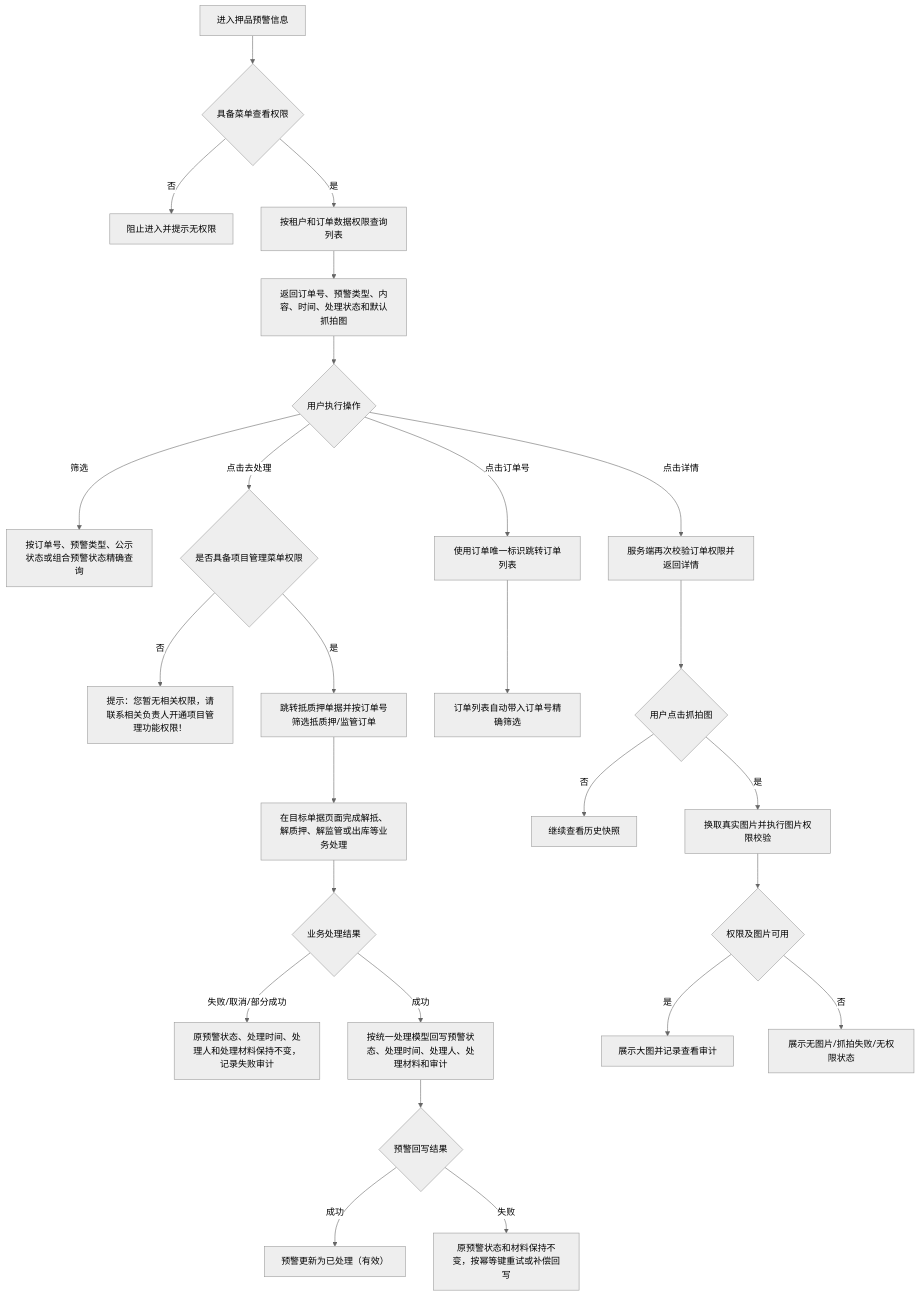
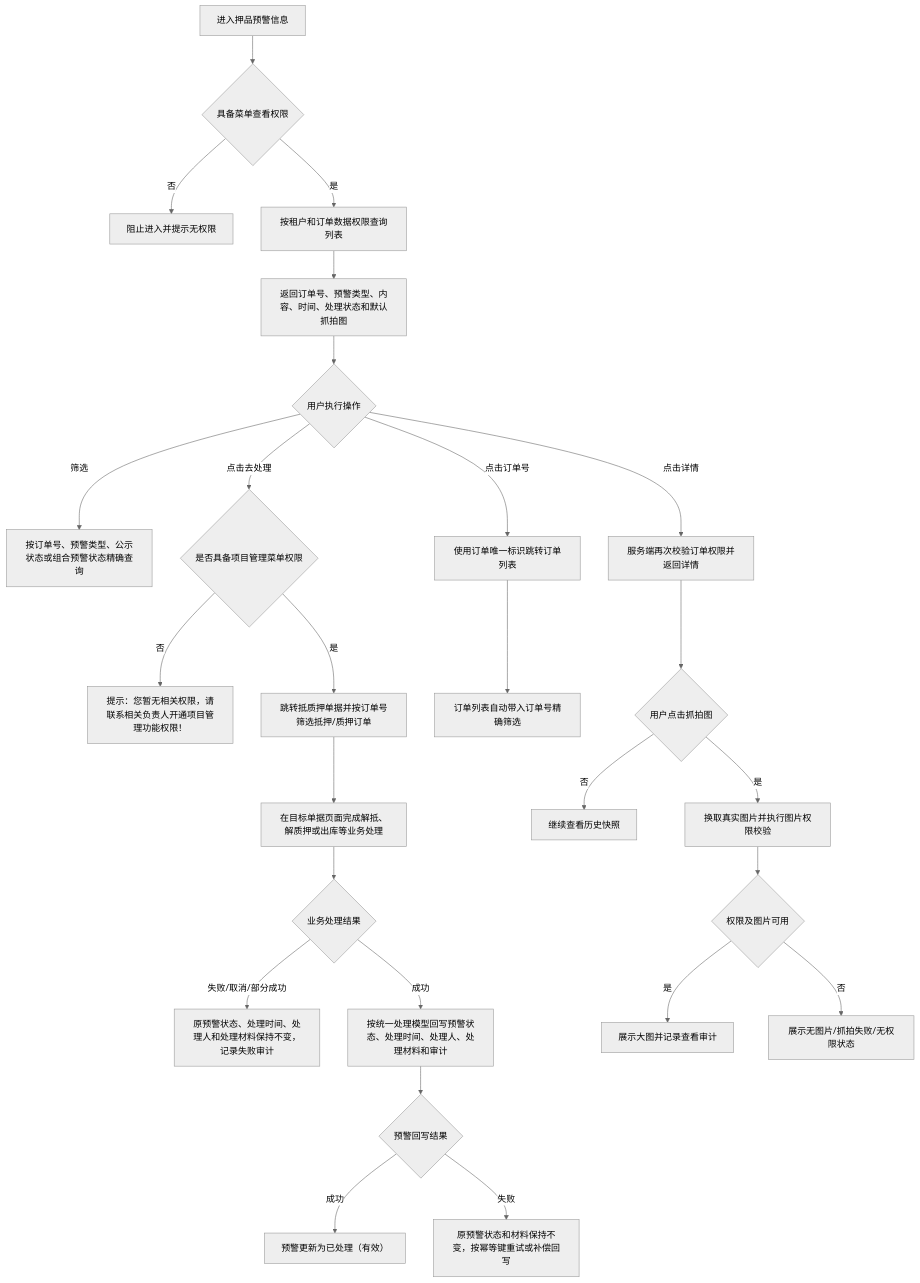
One commit to RobertHuang999/SYZC changed the first of 7 diagrams in 02-PRD文档/🌟🌟🌟-最新基准版/B端PC/05-风控/06-风险信息-押品预警信息/押品预警信息业务规则规格.md. Above: the diagram before and after it, drawn with Mermaid (neutral theme). The commit also changed other lines of this file and 362 other files, not shown here.

````diff
--- a/02-PRD文档/🌟🌟🌟-最新基准版/B端PC/05-风控/06-风险信息-押品预警信息/押品预警信息业务规则规格.md
+++ b/02-PRD文档/🌟🌟🌟-最新基准版/B端PC/05-风控/06-风险信息-押品预警信息/押品预警信息业务规则规格.md
@@ -190,28 +194,28 @@
 ```mermaid
 flowchart TD
     A[进入押品预警信息] --> B{具备菜单查看权限}
     B -- 否 --> C[阻止进入并提示无权限]
     B -- 是 --> D[按租户和订单数据权限查询列表]
     D --> E[返回订单号、预警类型、内容、时间、处理状态和默认抓拍图]
     E --> F{用户执行操作}
     F -- 筛选 --> G[按订单号、预警类型、公示状态或组合预警状态精确查询]
     F -- 点击订单号 --> H[使用订单唯一标识跳转订单列表]
     F -- 点击去处理 --> I{是否具备项目管理菜单权限}
     I -- 否 --> J[提示：您暂无相关权限，请联系相关负责人开通项目管理功能权限！]
-    I -- 是 --> K[跳转抵质押单据并按订单号筛选抵质押/监管订单]
-    K --> K1[在目标单据页面完成解抵、解质押、解监管或出库等业务处理]
+    I -- 是 --> K[跳转抵质押单据并按订单号筛选抵押/质押订单]
+    K --> K1[在目标单据页面完成解抵、解质押或出库等业务处理]
     K1 --> K2{业务处理结果}
     K2 -- 失败/取消/部分成功 --> K3[原预警状态、处理时间、处理人和处理材料保持不变，记录失败审计]
     K2 -- 成功 --> K4[按统一处理模型回写预警状态、处理时间、处理人、处理材料和审计]
     K4 --> K5{预警回写结果}
     K5 -- 成功 --> K6[预警更新为已处理（有效）]
     K5 -- 失败 --> K7[原预警状态和材料保持不变，按幂等键重试或补偿回写]
     F -- 点击详情 --> L[服务端再次校验订单权限并返回详情]
     H --> M[订单列表自动带入订单号精确筛选]
     L --> N{用户点击抓拍图}
     N -- 否 --> O[继续查看历史快照]
     N -- 是 --> P[换取真实图片并执行图片权限校验]
     P --> Q{权限及图片可用}
     Q -- 是 --> R[展示大图并记录查看审计]
     Q -- 否 --> S[展示无图片/抓拍失败/无权限状态]
 ```
````
